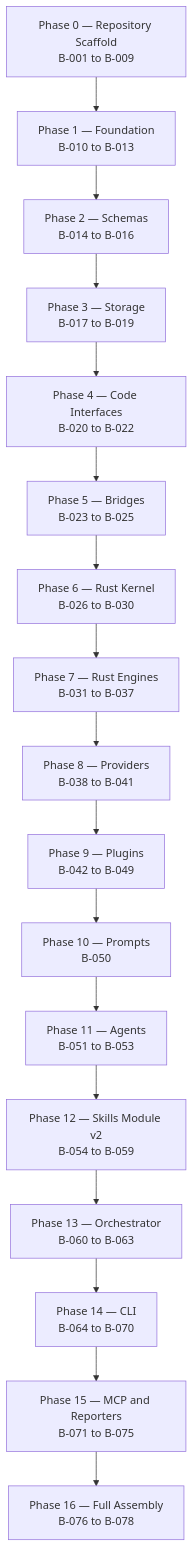
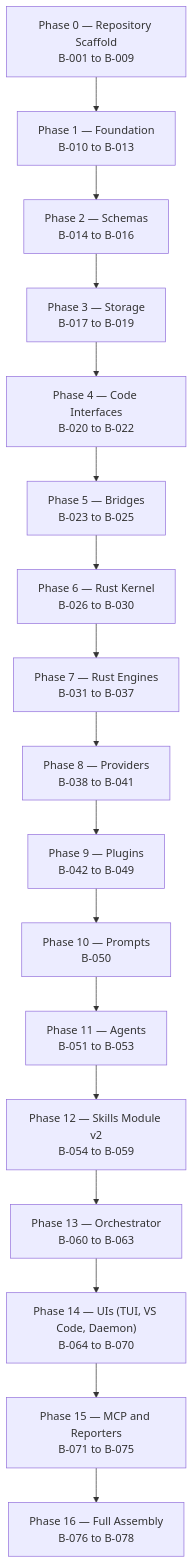
One commit to arubara2021/CodeGuardian changed the diagram in BUILD_ORDER.md. Above: the diagram before and after it, drawn with Mermaid. The commit also changed other lines of this file and 67 other files, not shown here.

````diff
--- a/BUILD_ORDER.md
+++ b/BUILD_ORDER.md
@@ -92,23 +93,23 @@
 ```mermaid
 flowchart TB
     P0["Phase 0 — Repository Scaffold<br/>B-001 to B-009"]
     P1["Phase 1 — Foundation<br/>B-010 to B-013"]
     P2["Phase 2 — Schemas<br/>B-014 to B-016"]
     P3["Phase 3 — Storage<br/>B-017 to B-019"]
     P4["Phase 4 — Code Interfaces<br/>B-020 to B-022"]
     P5["Phase 5 — Bridges<br/>B-023 to B-025"]
     P6["Phase 6 — Rust Kernel<br/>B-026 to B-030"]
     P7["Phase 7 — Rust Engines<br/>B-031 to B-037"]
     P8["Phase 8 — Providers<br/>B-038 to B-041"]
     P9["Phase 9 — Plugins<br/>B-042 to B-049"]
     P10["Phase 10 — Prompts<br/>B-050"]
     P11["Phase 11 — Agents<br/>B-051 to B-053"]
     P12["Phase 12 — Skills Module v2<br/>B-054 to B-059"]
     P13["Phase 13 — Orchestrator<br/>B-060 to B-063"]
-    P14["Phase 14 — CLI<br/>B-064 to B-070"]
+    P14["Phase 14 — UIs (TUI, VS Code, Daemon)<br/>B-064 to B-070"]
     P15["Phase 15 — MCP and Reporters<br/>B-071 to B-075"]
     P16["Phase 16 — Full Assembly<br/>B-076 to B-078"]
 
     P0 --> P1 --> P2 --> P3 --> P4 --> P5 --> P6 --> P7 --> P8
     P8 --> P9 --> P10 --> P11 --> P12 --> P13 --> P14 --> P15 --> P16
 ```
````
